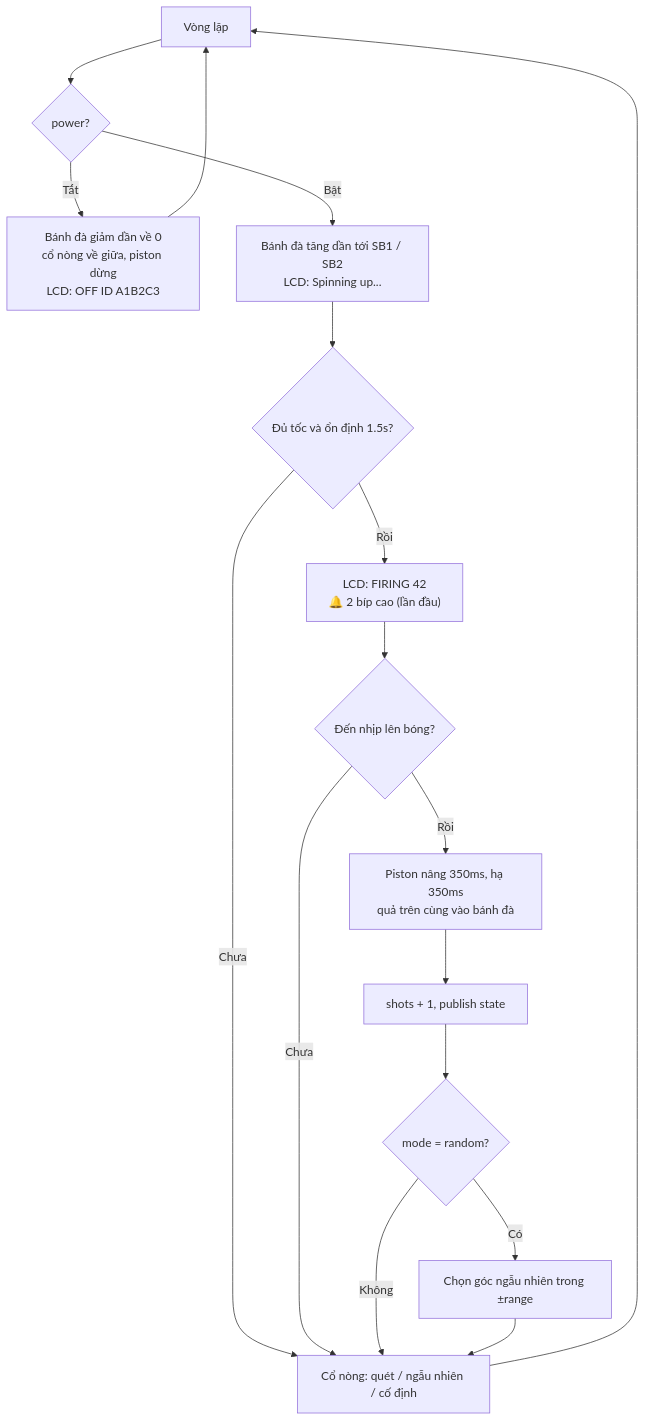
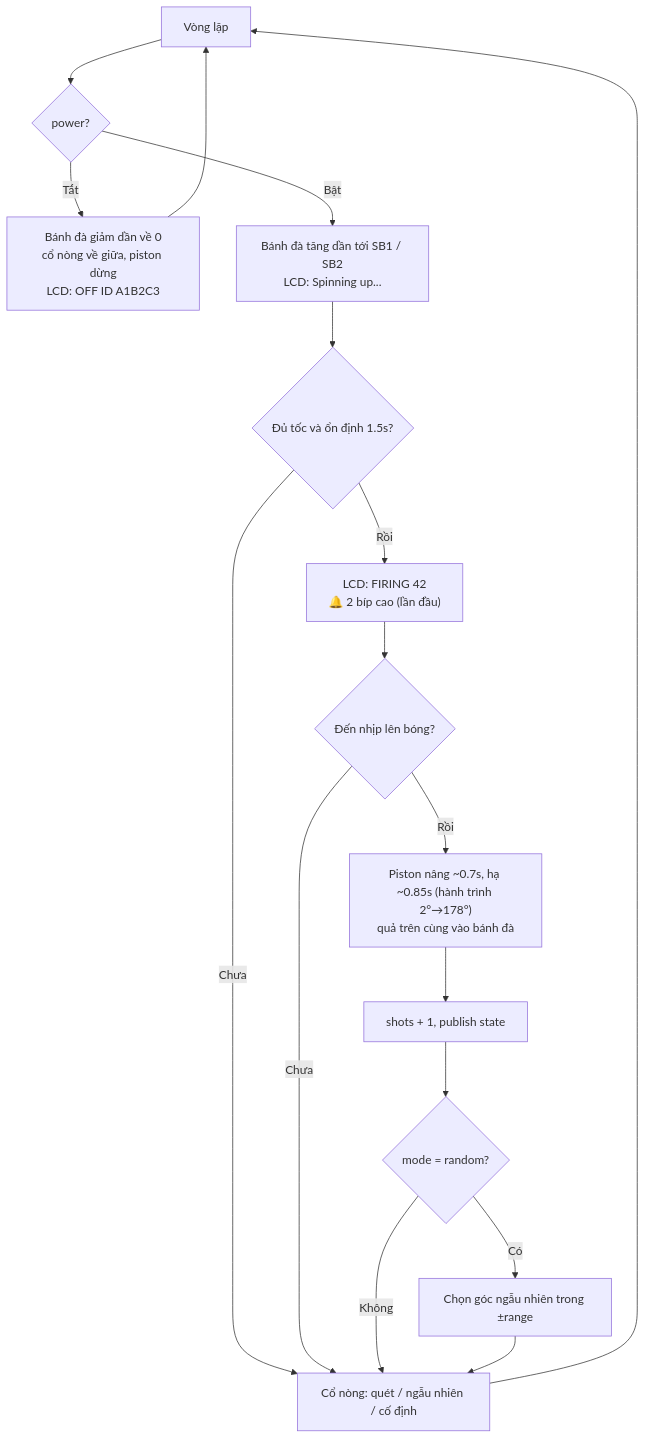
The third of 5 diagrams in docs/diagrams.md (CoderFake/PingPongLauncher), drawn with Mermaid before and after one commit. The commit also changed 5 other files, not shown here.

````diff
--- a/docs/diagrams.md
+++ b/docs/diagrams.md
@@ -76,19 +76,19 @@
 ```mermaid
 flowchart TD
   L["Vòng lặp"] --> PWR{"power?"}
   PWR -- Tắt --> OFF["Bánh đà giảm dần về 0<br/>cổ nòng về giữa, piston dừng<br/>LCD: OFF ID A1B2C3"]
   OFF --> L
   PWR -- Bật --> RAMP["Bánh đà tăng dần tới SB1 / SB2<br/>LCD: Spinning up..."]
   RAMP --> RDY{"Đủ tốc và ổn định 1.5s?"}
   RDY -- Chưa --> AIM
   RDY -- Rồi --> FIRE["LCD: FIRING 42<br/>🔔 2 bíp cao (lần đầu)"]
   FIRE --> FEED{"Đến nhịp lên bóng?"}
   FEED -- Chưa --> AIM
-  FEED -- Rồi --> SHOT["Piston nâng 350ms, hạ 350ms<br/>quả trên cùng vào bánh đà"]
+  FEED -- Rồi --> SHOT["Piston nâng ~0.7s, hạ ~0.85s (hành trình 2°→178°)<br/>quả trên cùng vào bánh đà"]
   SHOT --> CNT["shots + 1, publish state"]
   CNT --> RND{"mode = random?"}
   RND -- Có --> NEWT["Chọn góc ngẫu nhiên trong ±range"]
   RND -- Không --> AIM
   NEWT --> AIM["Cổ nòng: quét / ngẫu nhiên / cố định"]
   AIM --> L
 ```
````
